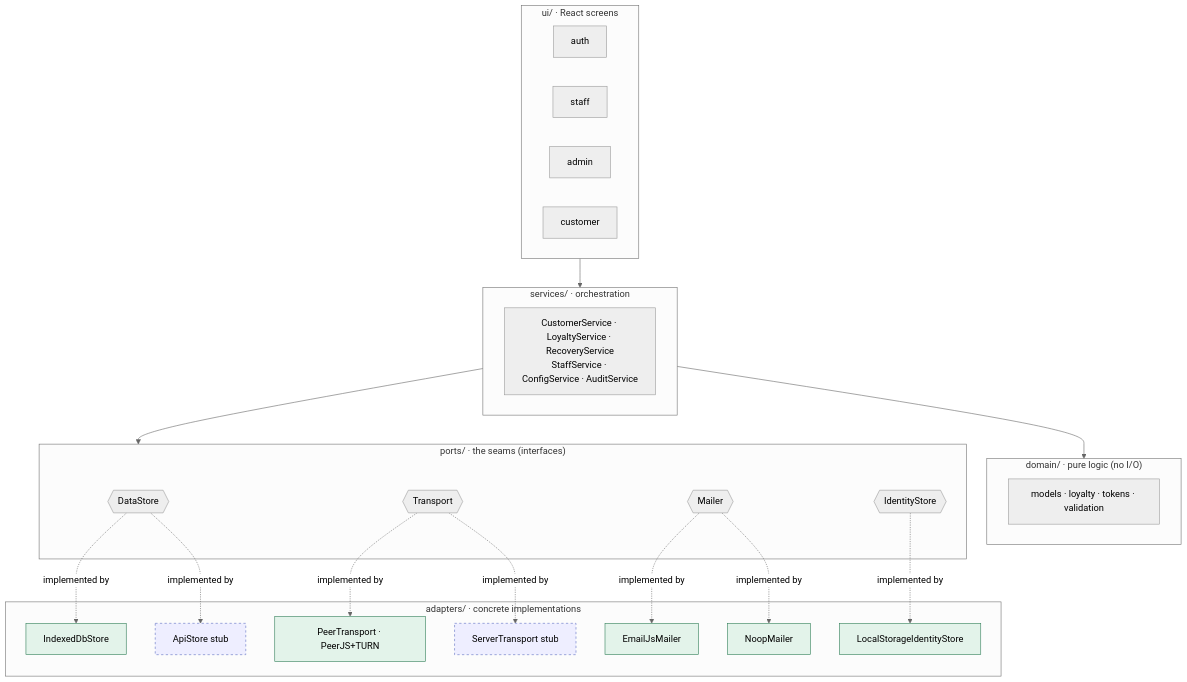
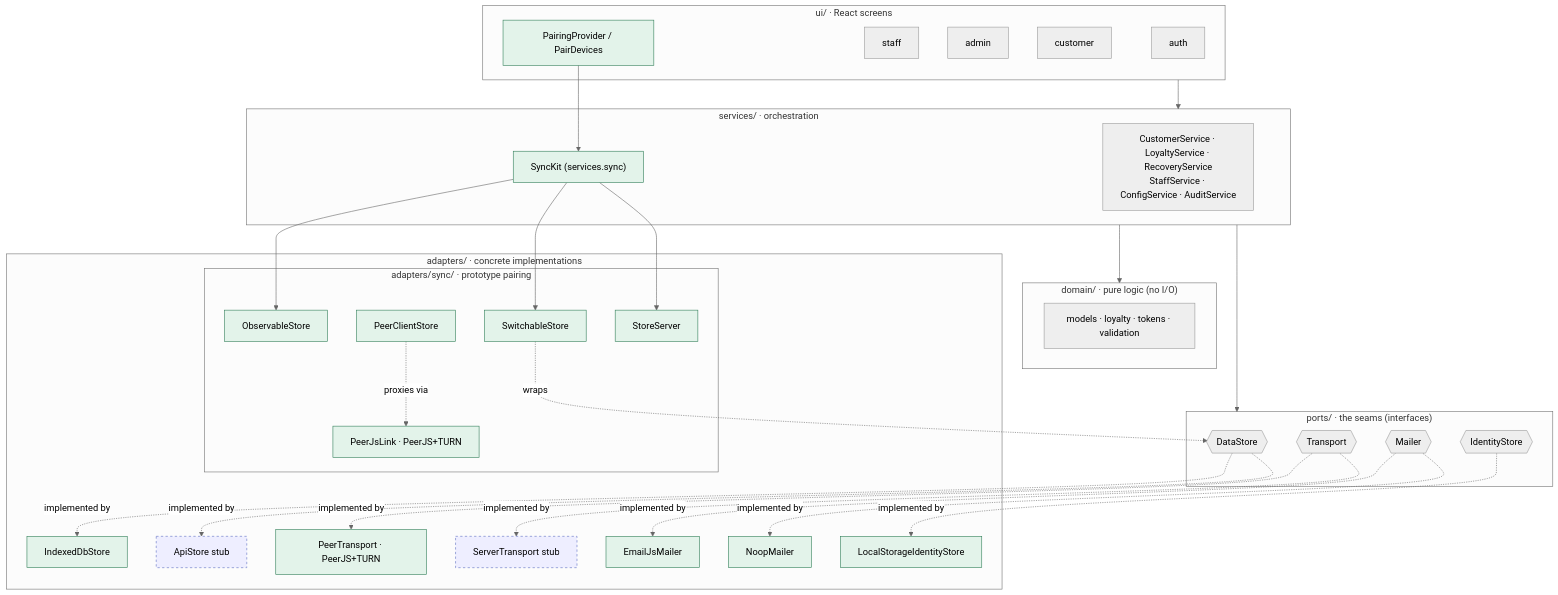
One commit to misch0n/loyalty-system changed the first of 6 diagrams in README.md. Above: the diagram before and after it, drawn with Mermaid (neutral theme). The commit also changed other lines of this file and 2 other files, not shown here.

First line of the commit message:
docs: document prototype device pairing (server stand-in) layer

````diff
--- a/README.md
+++ b/README.md
@@ -81,41 +82,54 @@
 ```mermaid
 flowchart TB
     subgraph ui["ui/ · React screens"]
         AUTH[auth] & STAFF[staff] & ADMIN[admin] & CUST[customer]
+        PAIR[PairingProvider / PairDevices]:::proto
     end
 
     subgraph services["services/ · orchestration"]
         SVC["CustomerService · LoyaltyService · RecoveryService<br/>StaffService · ConfigService · AuditService"]
+        SYNC["SyncKit (services.sync)"]:::proto
     end
 
     subgraph domain["domain/ · pure logic (no I/O)"]
         DOM["models · loyalty · tokens · validation"]
     end
 
     subgraph ports["ports/ · the seams (interfaces)"]
         DS{{DataStore}}
         TR{{Transport}}
         ML{{Mailer}}
         ID{{IdentityStore}}
     end
 
     subgraph adapters["adapters/ · concrete implementations"]
         IDB[IndexedDbStore]:::proto
         API[ApiStore stub]:::prod
         PEER[PeerTransport · PeerJS+TURN]:::proto
         SRV[ServerTransport stub]:::prod
         EJS[EmailJsMailer]:::proto
         NOOP[NoopMailer]:::proto
         LSI[LocalStorageIdentityStore]:::proto
+        subgraph sync["adapters/sync/ · prototype pairing"]
+            OBS[ObservableStore]:::proto
+            SWI[SwitchableStore]:::proto
+            PCS[PeerClientStore]:::proto
+            SSV[StoreServer]:::proto
+            PJL[PeerJsLink · PeerJS+TURN]:::proto
+        end
     end
 
     ui --> services --> domain
     services --> ports
+    PAIR --> SYNC
+    SYNC --> OBS & SWI & SSV
+    SWI -.wraps.-> DS
+    PCS -.proxies via.-> PJL
     DS -.implemented by.-> IDB & API
     TR -.implemented by.-> PEER & SRV
     ML -.implemented by.-> EJS & NOOP
     ID -.implemented by.-> LSI
 
     classDef proto fill:#e3f3ea,stroke:#2f7d57;
     classDef prod fill:#eef,stroke:#5b6cc0,stroke-dasharray:4;
 ```
````
